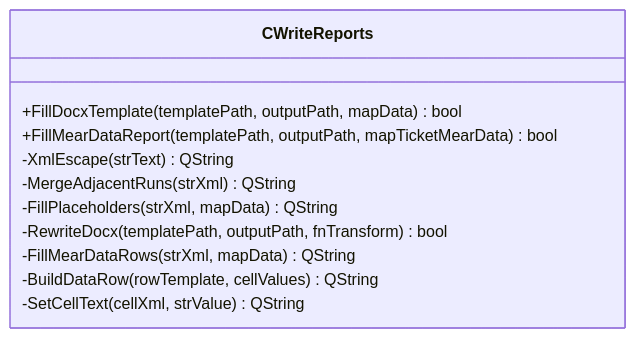
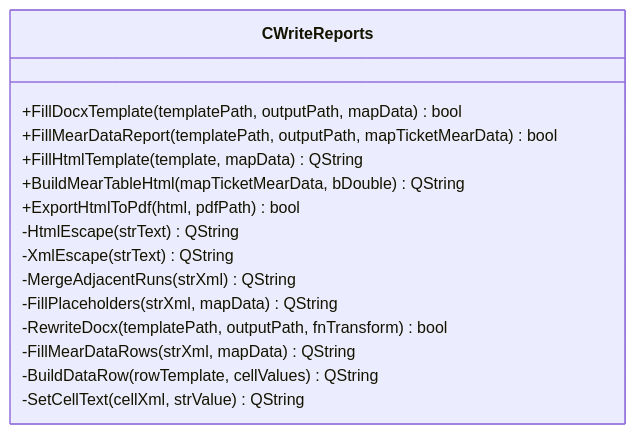
One commit to yangreest/Zero-value-Insulator-Robot-V2 changed the third of 5 diagrams in .qoder/repowiki/zh/content/用户手册/报告生成与管理/导出格式支持.md. Above: the diagram before and after it, drawn with Mermaid. The commit also changed other lines of this file and 22 other files, not shown here.

````diff
--- a/.qoder/repowiki/zh/content/用户手册/报告生成与管理/导出格式支持.md
+++ b/.qoder/repowiki/zh/content/用户手册/报告生成与管理/导出格式支持.md
@@ -116,14 +151,18 @@
 ```mermaid
 classDiagram
 class CWriteReports {
 +FillDocxTemplate(templatePath, outputPath, mapData) bool
 +FillMearDataReport(templatePath, outputPath, mapTicketMearData) bool
++FillHtmlTemplate(template, mapData) QString
++BuildMearTableHtml(mapTicketMearData, bDouble) QString
++ExportHtmlToPdf(html, pdfPath) bool
+-HtmlEscape(strText) QString
 -XmlEscape(strText) QString
 -MergeAdjacentRuns(strXml) QString
 -FillPlaceholders(strXml, mapData) QString
 -RewriteDocx(templatePath, outputPath, fnTransform) bool
 -FillMearDataRows(strXml, mapData) QString
 -BuildDataRow(rowTemplate, cellValues) QString
 -SetCellText(cellXml, strValue) QString
 }
 ```
````
